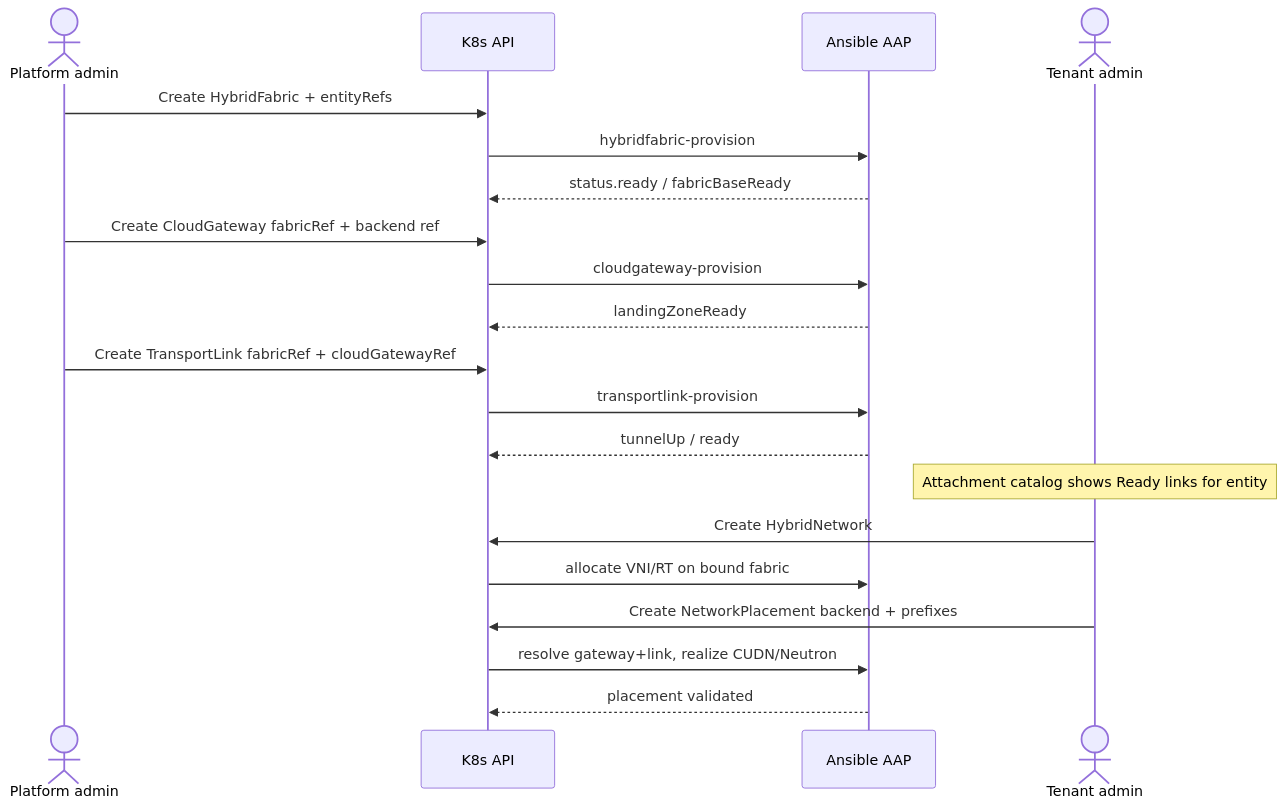
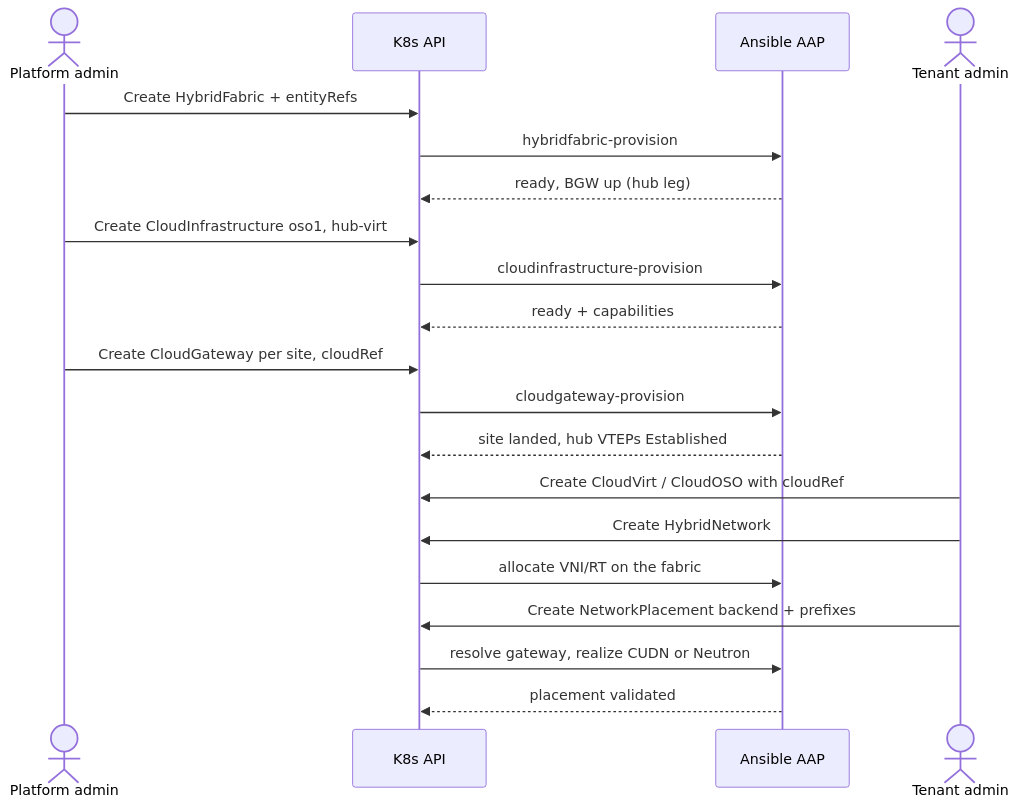
One commit to hybrid-sovereign-cloud/hybridcloud-demojam changed diagram 11 of 11 in design/fabric.md. Above: the diagram before and after it, drawn with Mermaid. The commit also changed other lines of this file and 9 other files, not shown here.

Commit message:
docs: workshop labs and design doc for the CloudInfrastructure model and the hub CloudVirt spoke

````diff
--- a/design/fabric.md
+++ b/design/fabric.md
@@ -1839,27 +1362,23 @@
 ```mermaid
 sequenceDiagram
   actor PA as Platform admin
   participant API as K8s API
   participant AAP as Ansible AAP
   actor TA as Tenant admin
 
   PA->>API: Create HybridFabric + entityRefs
   API->>AAP: hybridfabric-provision
-  AAP-->>API: status.ready / fabricBaseReady
-
-  PA->>API: Create CloudGateway fabricRef + backend ref
+  AAP-->>API: ready, BGW up (hub leg)
+  PA->>API: Create CloudInfrastructure oso1, hub-virt
+  API->>AAP: cloudinfrastructure-provision
+  AAP-->>API: ready + capabilities
+  PA->>API: Create CloudGateway per site, cloudRef
   API->>AAP: cloudgateway-provision
-  AAP-->>API: landingZoneReady
-
-  PA->>API: Create TransportLink fabricRef + cloudGatewayRef
-  API->>AAP: transportlink-provision
-  AAP-->>API: tunnelUp / ready
-
-  Note over TA: Attachment catalog shows Ready links for entity
-
+  AAP-->>API: site landed, hub VTEPs Established
+  TA->>API: Create CloudVirt / CloudOSO with cloudRef
   TA->>API: Create HybridNetwork
-  API->>AAP: allocate VNI/RT on bound fabric
+  API->>AAP: allocate VNI/RT on the fabric
   TA->>API: Create NetworkPlacement backend + prefixes
-  API->>AAP: resolve gateway+link, realize CUDN/Neutron
+  API->>AAP: resolve gateway, realize CUDN or Neutron
   AAP-->>API: placement validated
 ```
````
